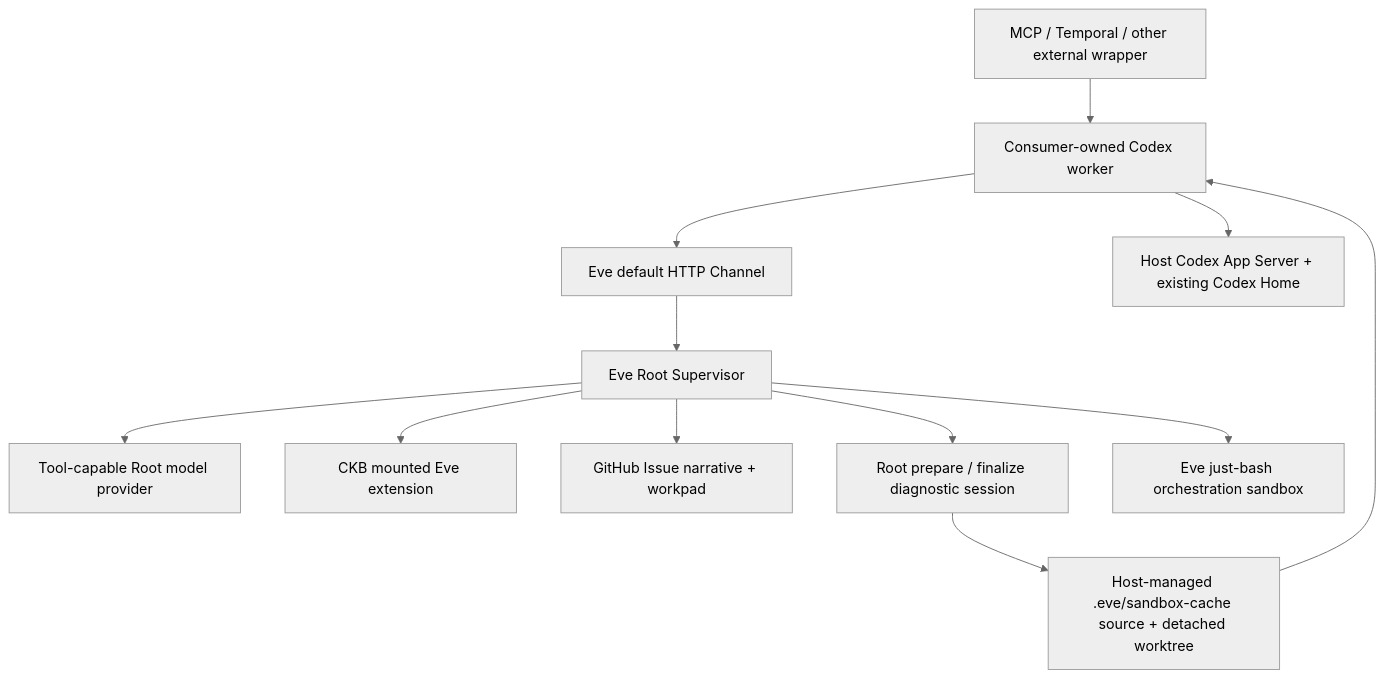
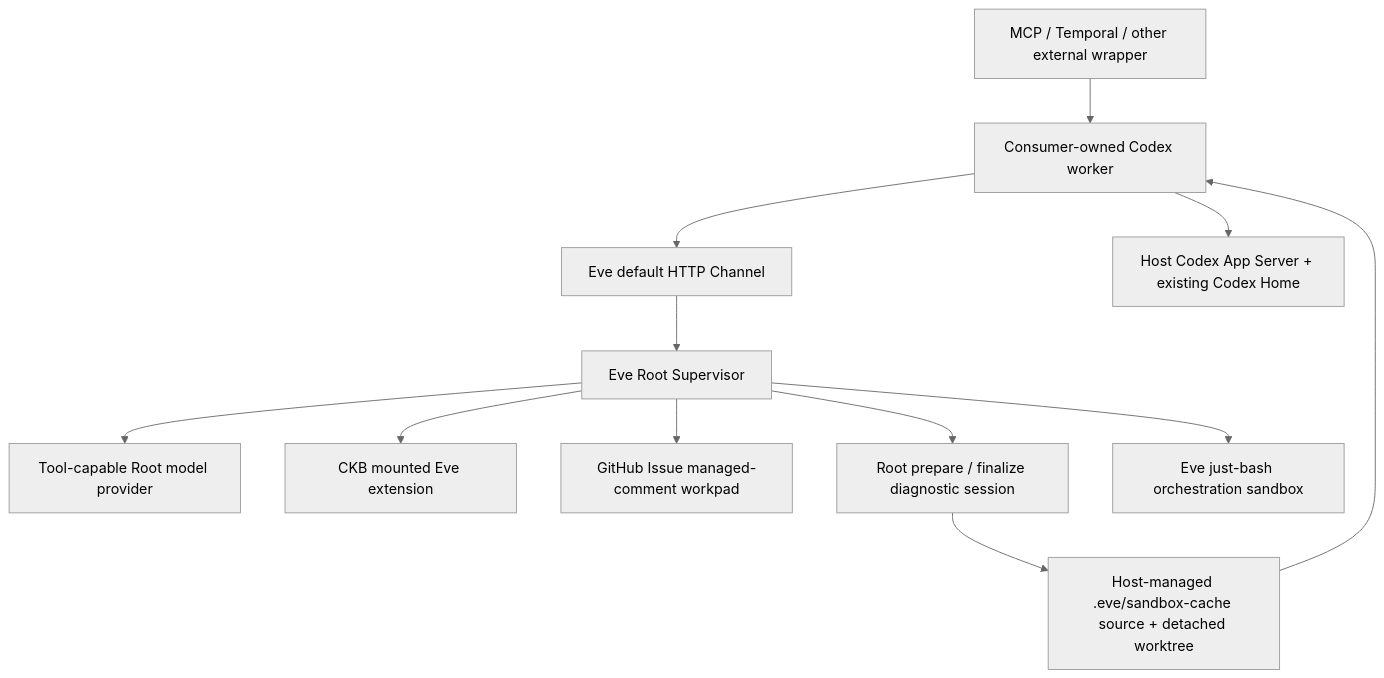
One commit to Alive24/FailureReport changed the diagram in README.md. Above: the diagram before and after it, drawn with Mermaid (neutral theme). The commit also changed other lines of this file and 19 other files, not shown here.

Commit message:
feat: make GitHub workpads append-safe and owner-scoped

````diff
--- a/README.md
+++ b/README.md
@@ -9,14 +9,14 @@
 ```mermaid
 flowchart TD
   M["MCP / Temporal / other external wrapper"] --> C["Eve Channel client"]
   C --> H["Eve default HTTP Channel"]
   H --> E["Eve Root Supervisor"]
   E --> R["Tool-capable Root model provider"]
   E --> X["CKB mounted Eve extension"]
-  E --> I["GitHub Issue narrative + workpad"]
+  E --> I["GitHub Issue managed-comment workpad"]
   E --> D["Root prepare / finalize diagnostic session"]
   E --> B["Eve just-bash orchestration sandbox"]
   D --> W["Host-managed .eve/sandbox-cache source + detached worktree"]
   W --> C["Consumer-owned Codex worker"]
   C --> A["Host Codex App Server + existing Codex Home"]
 ```
````
